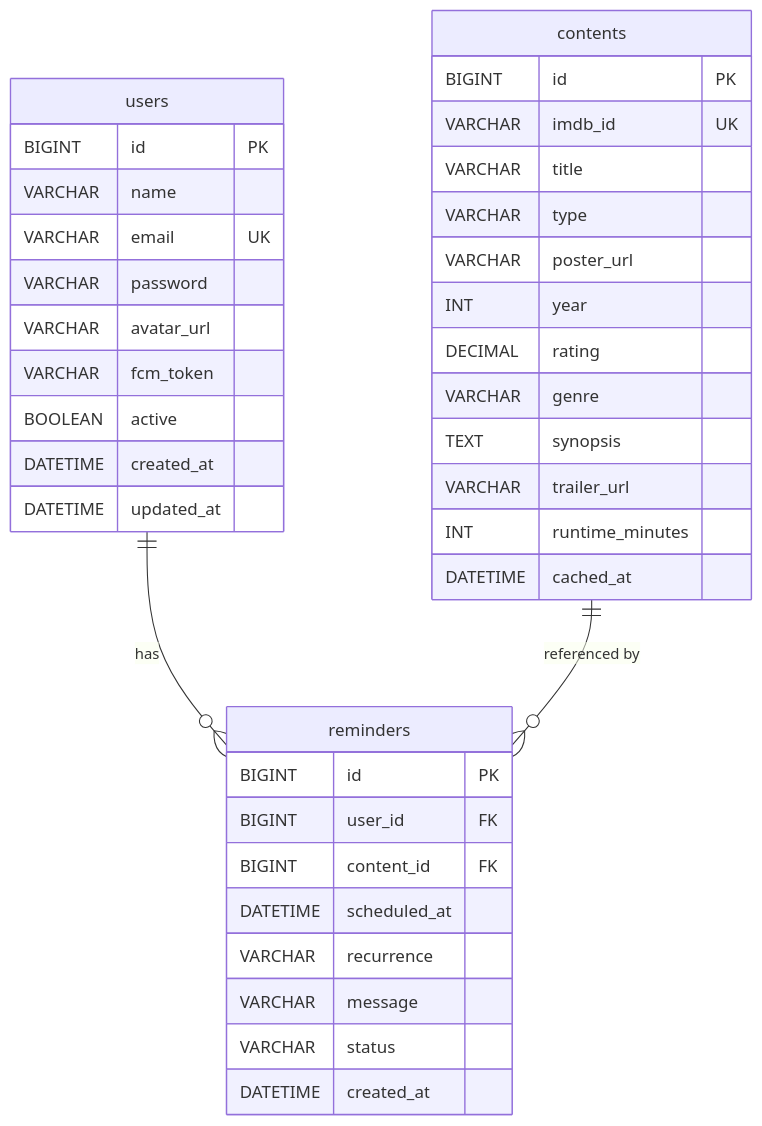
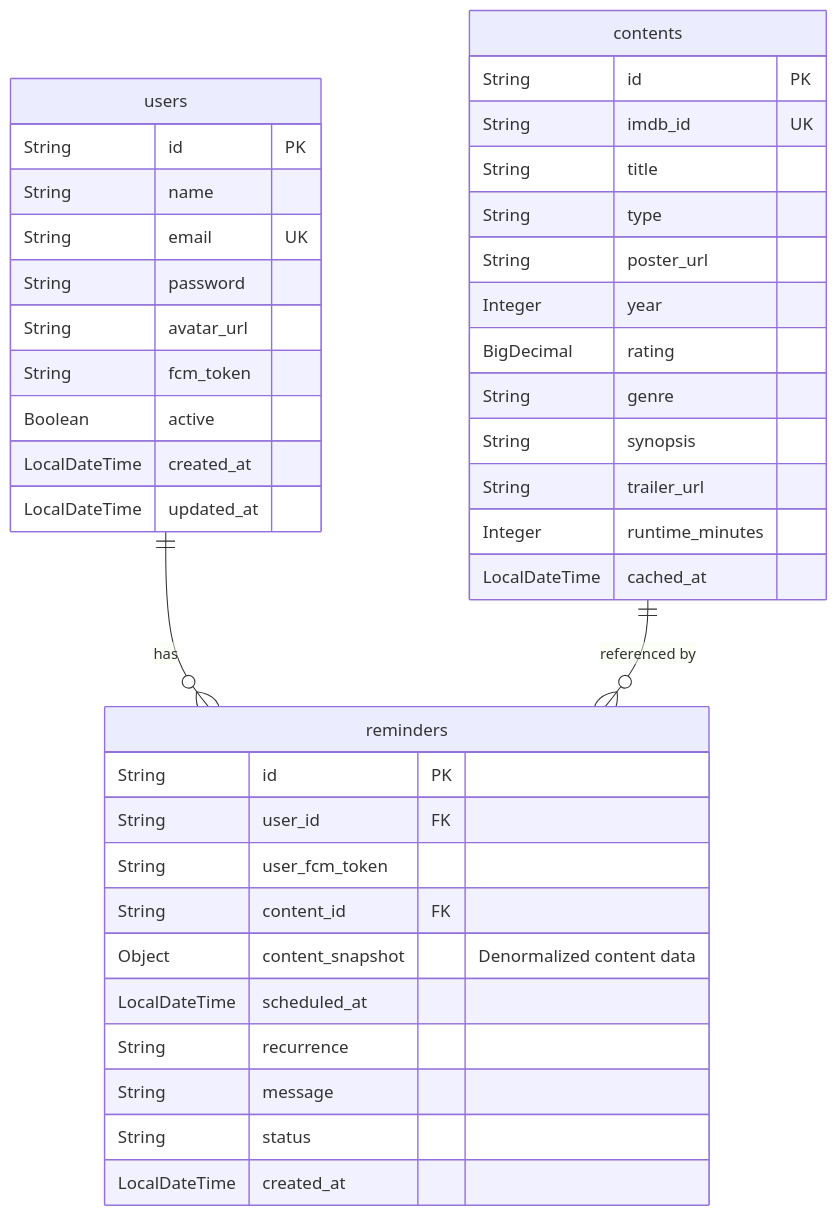
The diagram in README.md (alexandreluchetti/cine-alert-backend), drawn with Mermaid before and after one commit. The commit also changed other lines of this file, not shown here.

````diff
--- a/README.md
+++ b/README.md
@@ -17,43 +17,45 @@
 ```mermaid
 erDiagram
     users {
-        BIGINT id PK
-        VARCHAR name
-        VARCHAR email UK
-        VARCHAR password
-        VARCHAR avatar_url
-        VARCHAR fcm_token
-        BOOLEAN active
-        DATETIME created_at
-        DATETIME updated_at
+        String id PK
+        String name
+        String email UK
+        String password
+        String avatar_url
+        String fcm_token
+        Boolean active
+        LocalDateTime created_at
+        LocalDateTime updated_at
     }
 
     contents {
-        BIGINT id PK
-        VARCHAR imdb_id UK
-        VARCHAR title
-        VARCHAR type
-        VARCHAR poster_url
-        INT year
-        DECIMAL rating
-        VARCHAR genre
-        TEXT synopsis
-        VARCHAR trailer_url
-        INT runtime_minutes
-        DATETIME cached_at
+        String id PK
+        String imdb_id UK
+        String title
+        String type
+        String poster_url
+        Integer year
+        BigDecimal rating
+        String genre
+        String synopsis
+        String trailer_url
+        Integer runtime_minutes
+        LocalDateTime cached_at
     }
 
     reminders {
-        BIGINT id PK
-        BIGINT user_id FK
-        BIGINT content_id FK
-        DATETIME scheduled_at
-        VARCHAR recurrence
-        VARCHAR message
-        VARCHAR status
-        DATETIME created_at
+        String id PK
+        String user_id FK
+        String user_fcm_token
+        String content_id FK
+        Object content_snapshot "Denormalized content data"
+        LocalDateTime scheduled_at
+        String recurrence
+        String message
+        String status
+        LocalDateTime created_at
     }
 
     users ||--o{ reminders : "has"
     contents ||--o{ reminders : "referenced by"
 ```
````
